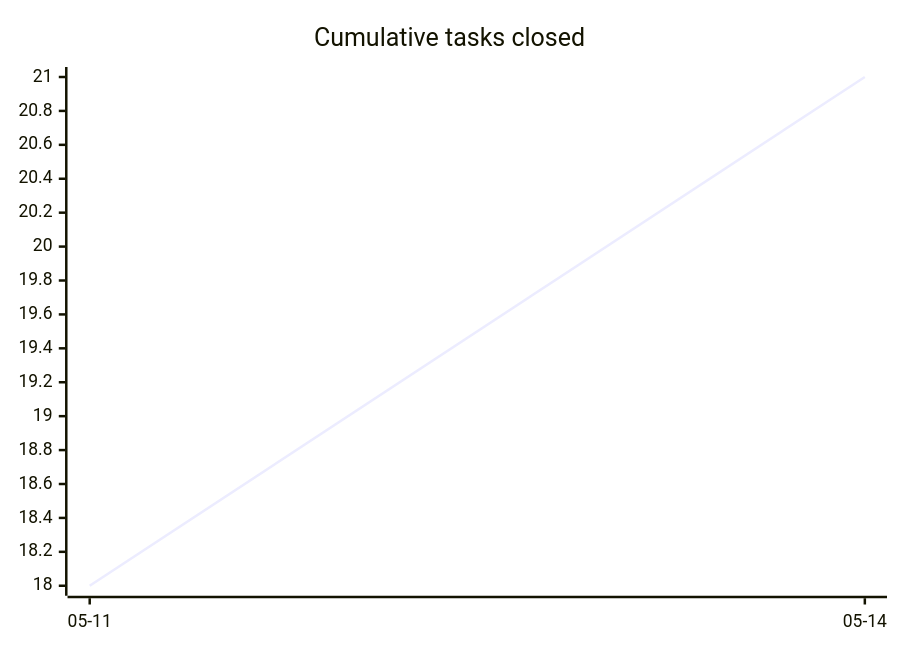
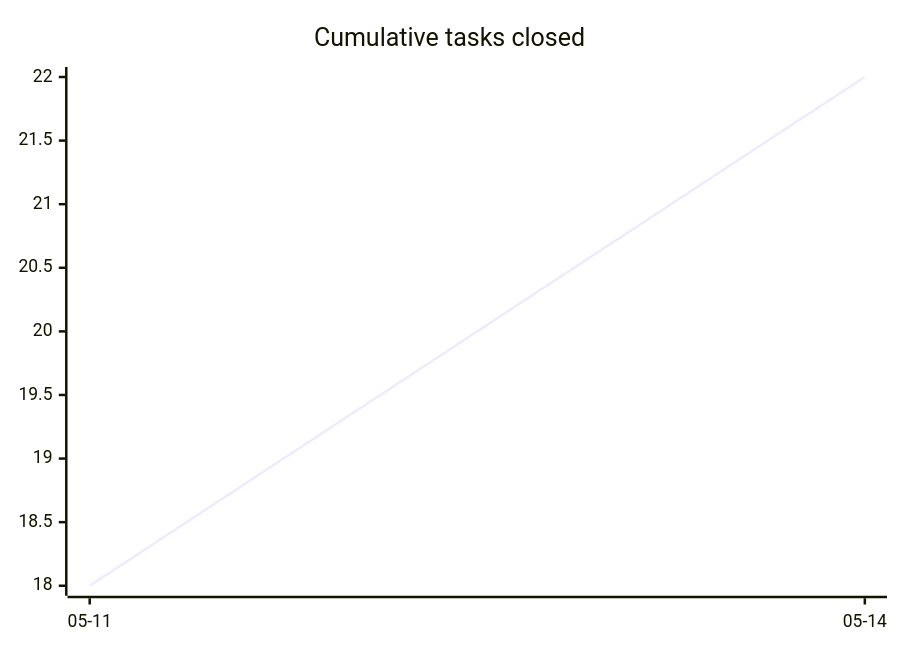
Before and after one commit to tgd1975/AwesomeGuitarPedal: the first of 3 diagrams in docs/developers/tasks/OVERVIEW.md, drawn with Mermaid. The commit also changed other lines of this file and 7 other files, not shown here.

````diff
--- a/docs/developers/tasks/OVERVIEW.md
+++ b/docs/developers/tasks/OVERVIEW.md
@@ -22,6 +22,6 @@
 ```mermaid
 xychart-beta
     title "Cumulative tasks closed"
     x-axis ["05-11", "05-14"]
-    line [18, 21]
+    line [18, 22]
 ```
````
